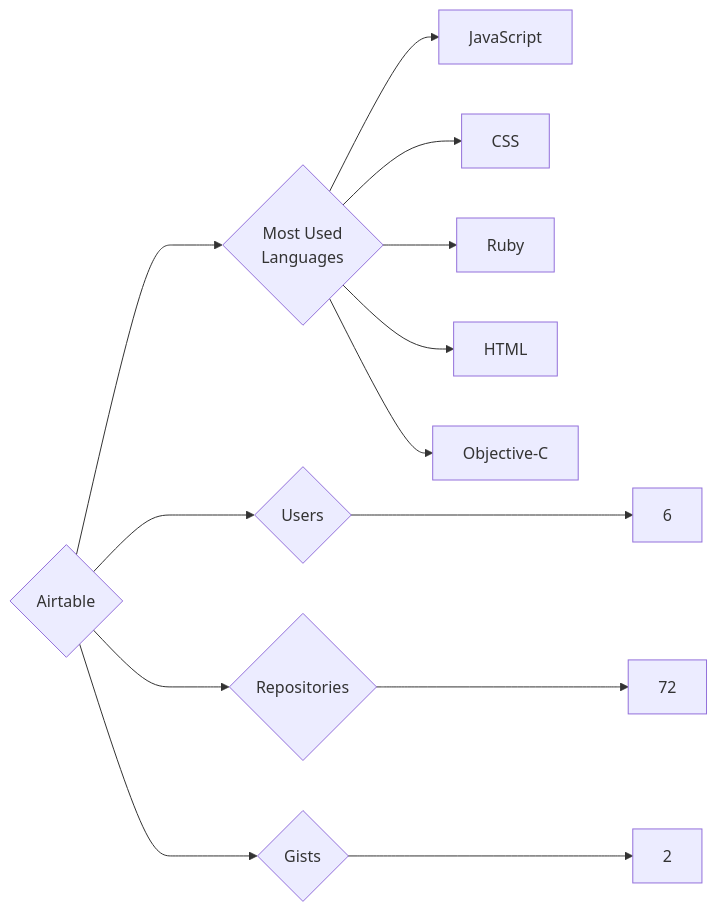
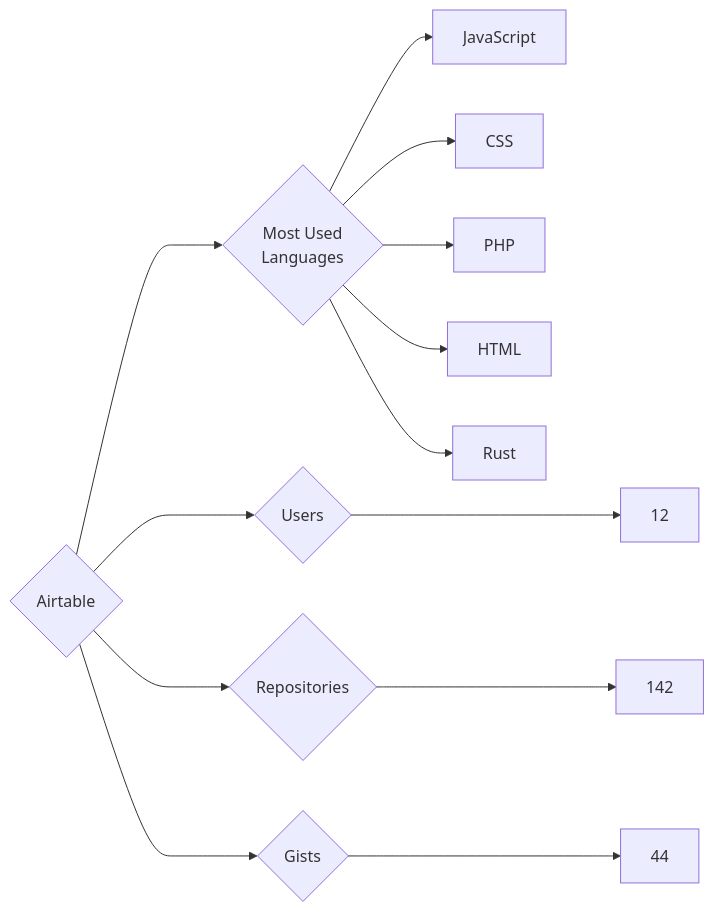
The diagram in targets/Airtable/README.md (trickest/insiders), drawn with Mermaid before and after one commit. The commit also changed 859 other files, not shown here.

````diff
--- a/targets/Airtable/README.md
+++ b/targets/Airtable/README.md
@@ -3,13 +3,13 @@
 ```mermaid
 graph LR
 COMPANY_NAME{Airtable}
-COMPANY_NAME ---> U{Users} ---> UN[6]
-COMPANY_NAME ---> R{Repositories} ---> RN[72]
-COMPANY_NAME ---> G{Gists} ---> GN[2]
+COMPANY_NAME ---> U{Users} ---> UN[12]
+COMPANY_NAME ---> R{Repositories} ---> RN[142]
+COMPANY_NAME ---> G{Gists} ---> GN[44]
 COMPANY_NAME ---> ML{Most Used<br>Languages}
 ML --> JavaScript[JavaScript]
 ML --> CSS[CSS]
-ML --> Ruby[Ruby]
+ML --> PHP[PHP]
 ML --> HTML[HTML]
-ML --> Objective-C[Objective-C]
+ML --> Rust[Rust]
 ```
````
